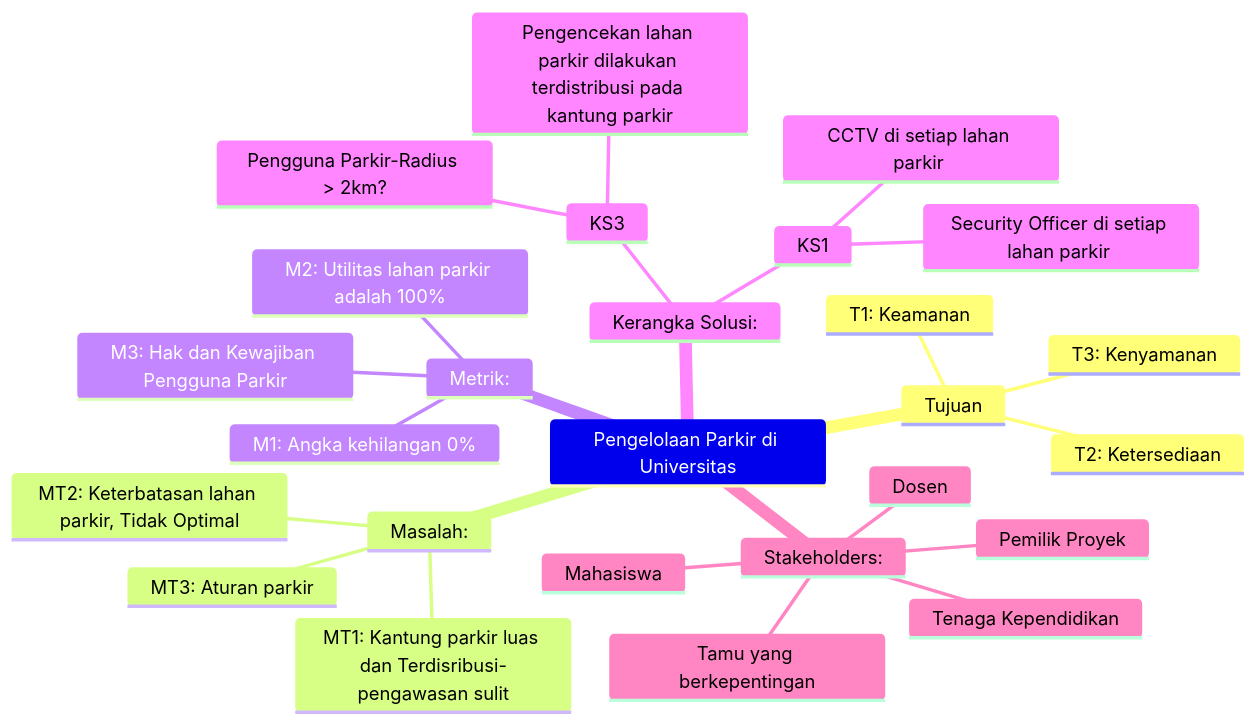
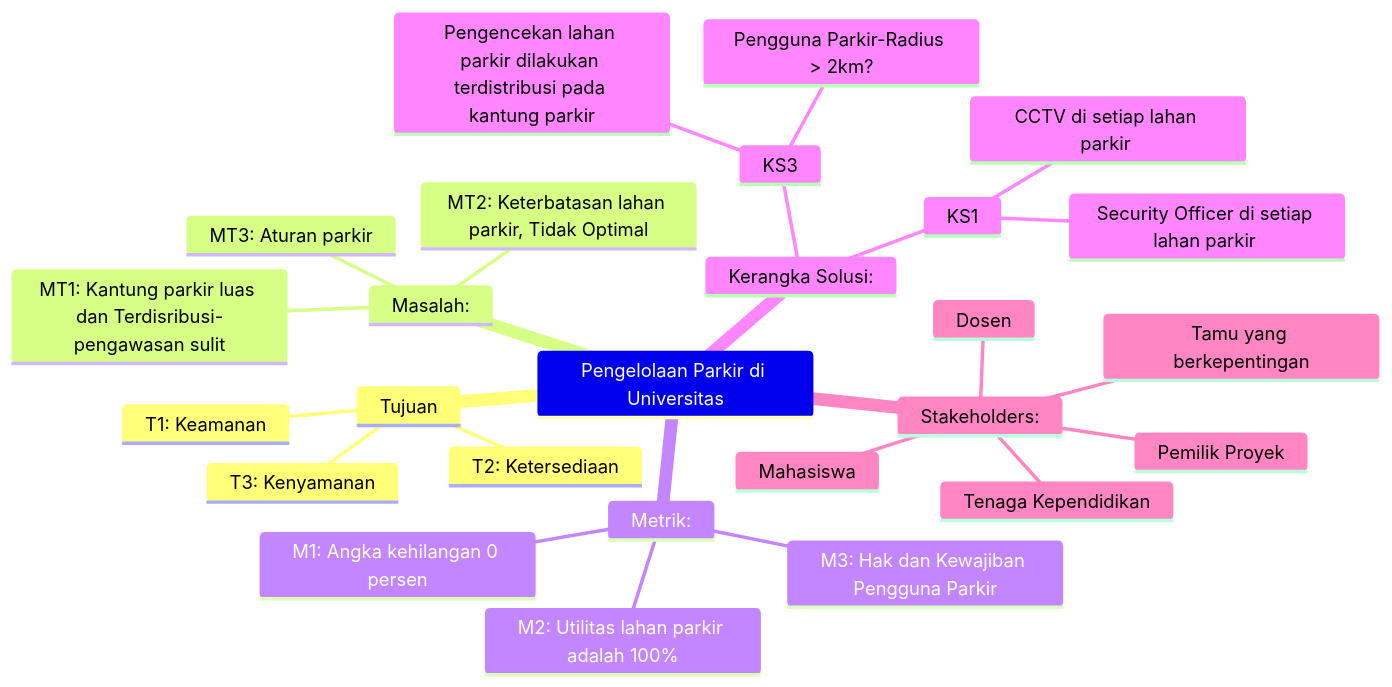
One commit to hydekage/Kuliah-PIK changed the diagram in mindmap-parkir.mmd. Above: the diagram before and after it, drawn with Mermaid.

Commit message:
Perubahan Update Versi 2:  Perubahan % menjadi persen

```diff
--- a/mindmap-parkir.mmd
+++ b/mindmap-parkir.mmd
@@ -1,27 +1,27 @@
 mindmap
     Pengelolaan Parkir di Universitas
         Tujuan
             T1: Keamanan
             T2: Ketersediaan
             T3: Kenyamanan
         Masalah:
             MT1: Kantung parkir luas dan Terdisribusi-pengawasan sulit
             MT2: Keterbatasan lahan parkir, Tidak Optimal
             MT3: Aturan parkir
         Metrik:
-            M1: Angka kehilangan 0%
+            M1: Angka kehilangan 0 persen
             M2: Utilitas lahan parkir adalah 100%
             M3: Hak dan Kewajiban Pengguna Parkir
         Kerangka Solusi:
             KS3
                 Pengguna Parkir-Radius > 2km?
                 Pengencekan lahan parkir dilakukan terdistribusi pada kantung parkir
             KS1
                 Security Officer di setiap lahan parkir 
                 CCTV di setiap lahan parkir 
         Stakeholders:
             Dosen
             Mahasiswa
             Tenaga Kependidikan
             Tamu yang berkepentingan
             Pemilik Proyek
```
